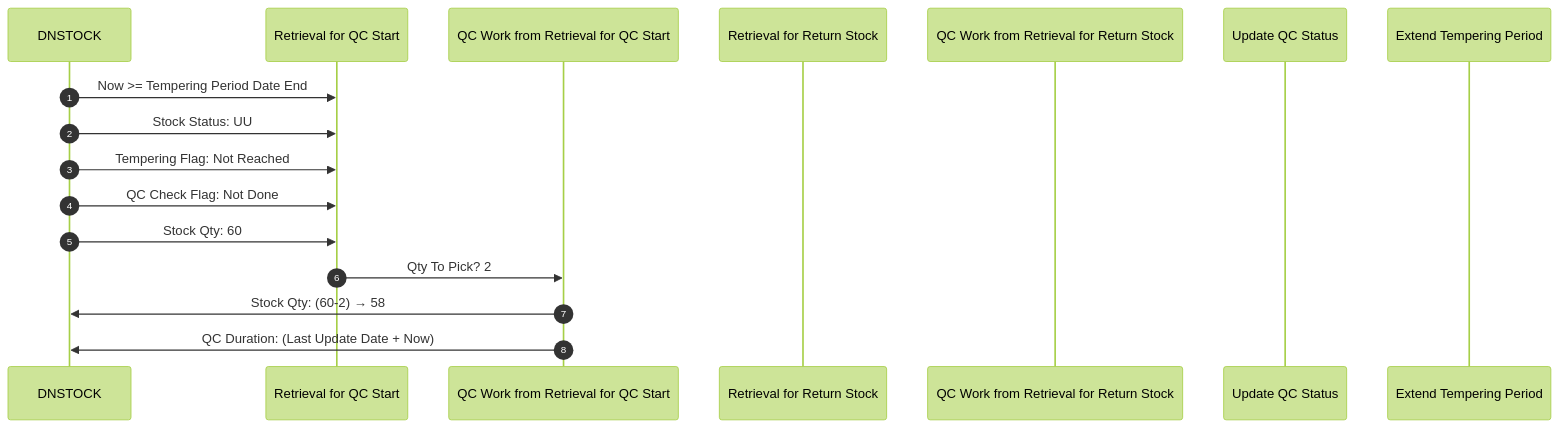
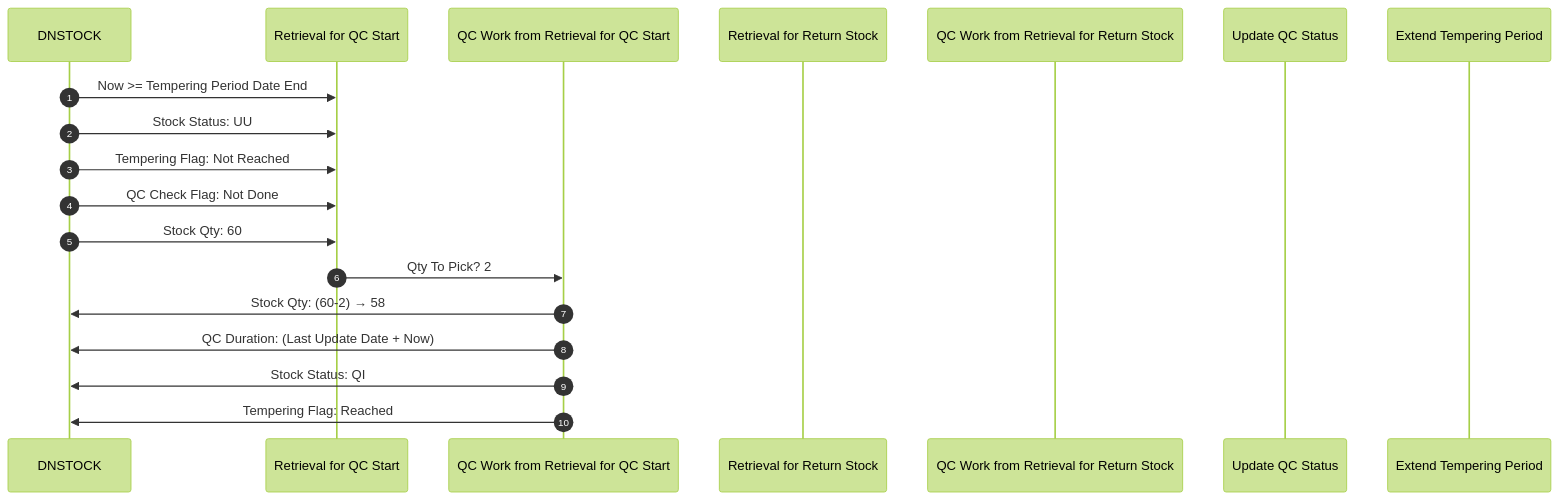
One commit to luthfiadityaa/SimeDarby-Wiki changed the diagram in Basic-Design/DFD-WMS/Retrieval/QC-Setting.md. Above: the diagram before and after it, drawn with Mermaid (forest theme).

Commit message:
Updated QC Setting

```diff
--- a/Basic-Design/DFD-WMS/Retrieval/QC-Setting.md
+++ b/Basic-Design/DFD-WMS/Retrieval/QC-Setting.md
@@ -11,26 +11,28 @@
 ::: mermaid
 sequenceDiagram
     autonumber
 
     participant DNSTOCK
     participant Retrieval for QC Start
     participant QC Work from Retrieval for QC Start
     participant Retrieval for Return Stock
     participant QC Work from Retrieval for Return Stock
     participant Update QC Status
     participant Extend Tempering Period
 
     %% --- 1. Retrieval for QC Start ---
     DNSTOCK ->> Retrieval for QC Start: Now >= Tempering Period Date End
     DNSTOCK ->> Retrieval for QC Start: Stock Status: UU  
     DNSTOCK ->> Retrieval for QC Start: Tempering Flag: Not Reached 
     DNSTOCK ->> Retrieval for QC Start: QC Check Flag: Not Done
     DNSTOCK ->> Retrieval for QC Start: Stock Qty: 60
 
     %% --- 2. Tempering Periods Passed ---
     Retrieval for QC Start ->> QC Work from Retrieval for QC Start: Qty To Pick?  2
 
     %% --- 3. QC Work from Retrieval for QC Start ---
     QC Work from Retrieval for QC Start ->> DNSTOCK: Stock Qty: (60-2) → 58
     QC Work from Retrieval for QC Start ->> DNSTOCK: QC Duration: (Last Update Date + Now)
+    QC Work from Retrieval for QC Start ->> DNSTOCK: Stock Status: QI
+    QC Work from Retrieval for QC Start ->> DNSTOCK: Tempering Flag: Reached
 :::
```
